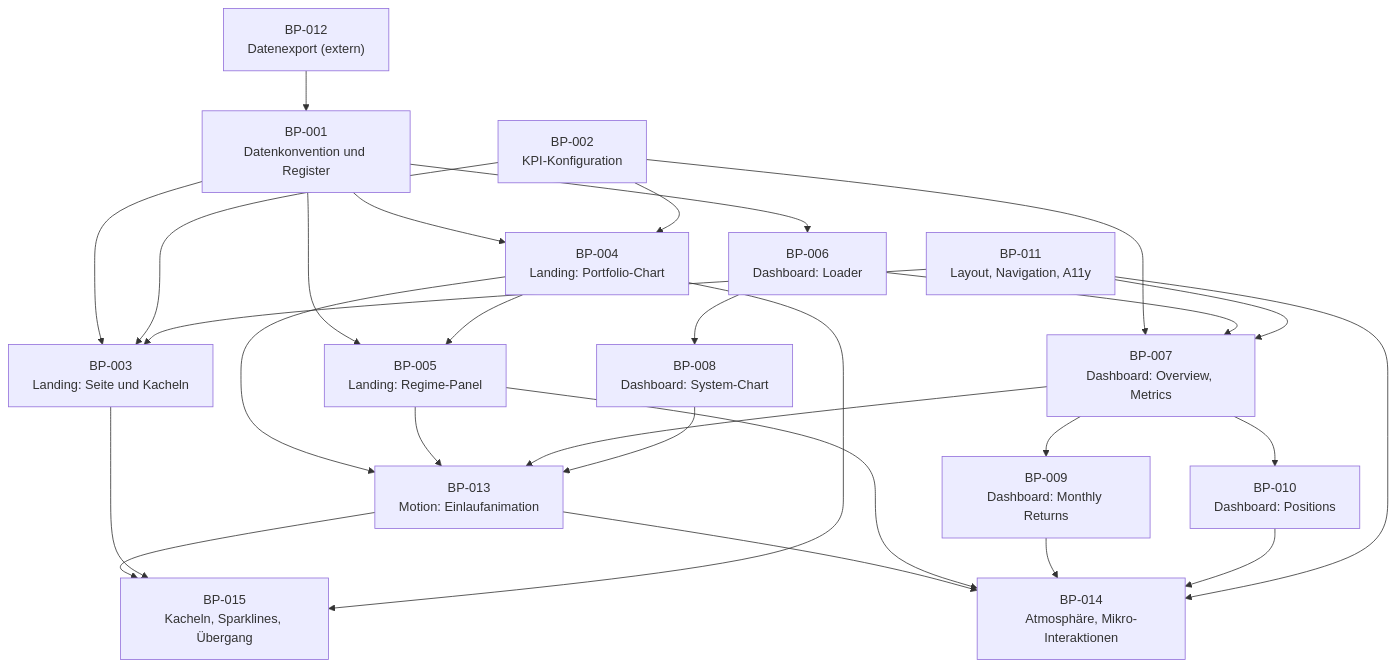
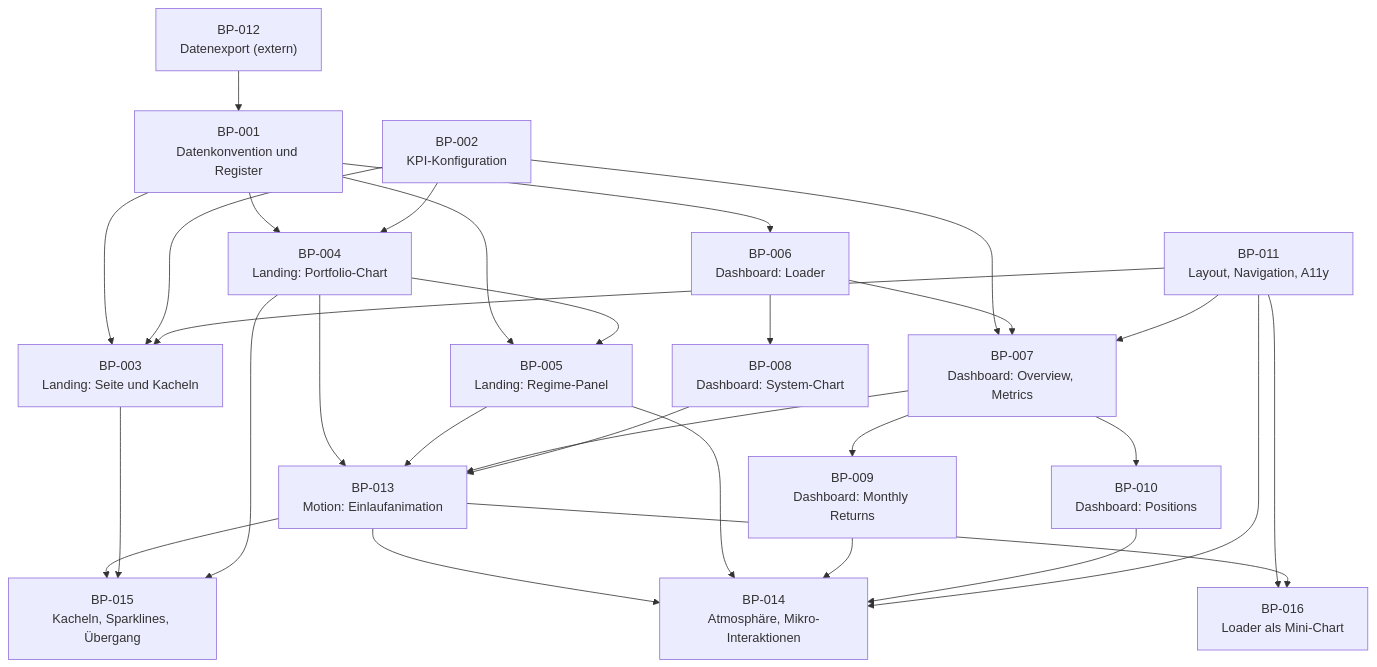
One commit to github-ascnet/WL-Trading-Systems-Overview changed the diagram in docs/sdd/build_plan.md. Above: the diagram before and after it, drawn with Mermaid. The commit also changed other lines of this file and 8 other files, not shown here.

First line of the commit message:
Replace loader spinner with animated mini equity chart (BP-016)

````diff
--- a/docs/sdd/build_plan.md
+++ b/docs/sdd/build_plan.md
@@ -44,46 +44,49 @@
 ```mermaid
 flowchart TD
     BP001["BP-001<br/>Datenkonvention und Register"]
     BP002["BP-002<br/>KPI-Konfiguration"]
     BP003["BP-003<br/>Landing: Seite und Kacheln"]
     BP004["BP-004<br/>Landing: Portfolio-Chart"]
     BP005["BP-005<br/>Landing: Regime-Panel"]
     BP006["BP-006<br/>Dashboard: Loader"]
     BP007["BP-007<br/>Dashboard: Overview, Metrics"]
     BP008["BP-008<br/>Dashboard: System-Chart"]
     BP009["BP-009<br/>Dashboard: Monthly Returns"]
     BP010["BP-010<br/>Dashboard: Positions"]
     BP011["BP-011<br/>Layout, Navigation, A11y"]
     BP012["BP-012<br/>Datenexport (extern)"]
     BP013["BP-013<br/>Motion: Einlaufanimation"]
     BP014["BP-014<br/>Atmosphäre, Mikro-Interaktionen"]
     BP015["BP-015<br/>Kacheln, Sparklines, Übergang"]
+    BP016["BP-016<br/>Loader als Mini-Chart"]
 
     BP012 --> BP001
     BP001 --> BP003
     BP001 --> BP004
     BP001 --> BP005
     BP001 --> BP006
     BP002 --> BP003
     BP002 --> BP004
     BP002 --> BP007
     BP006 --> BP007
     BP007 --> BP009
     BP007 --> BP010
     BP006 --> BP008
     BP004 --> BP005
     BP011 --> BP003
     BP011 --> BP007
     BP004 --> BP013
     BP005 --> BP013
     BP007 --> BP013
     BP008 --> BP013
     BP013 --> BP014
     BP005 --> BP014
     BP009 --> BP014
     BP010 --> BP014
     BP011 --> BP014
     BP013 --> BP015
     BP003 --> BP015
     BP004 --> BP015
+    BP011 --> BP016
+    BP013 --> BP016
 ```
````
